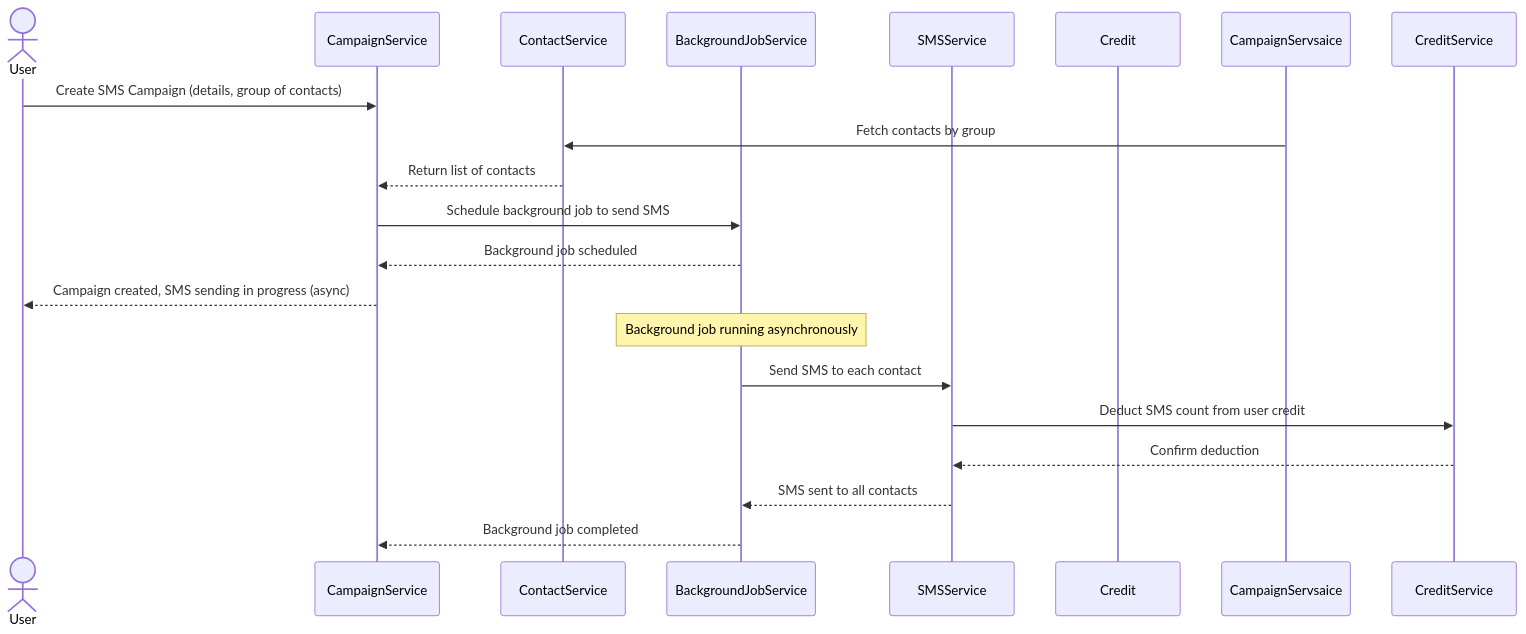
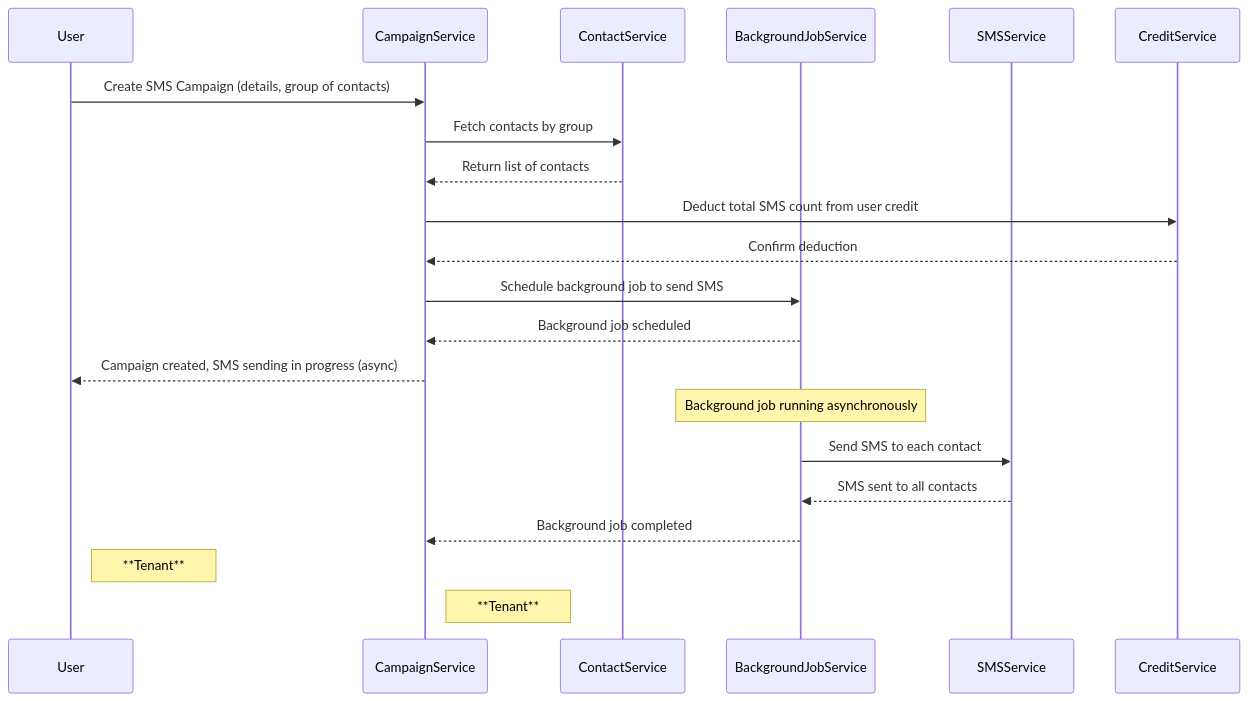
Before and after one commit to Mah3/CameraPhotoUpload: the diagram in diagram.mmd, drawn with Mermaid.

```diff
--- a/diagram.mmd
+++ b/diagram.mmd
@@ -1,26 +1,29 @@
 sequenceDiagram
-
-    Actor u as User
+    participant User
     participant CampaignService
     participant ContactService
     participant BackgroundJobService
     participant SMSService
-    participant Credit
+    participant CreditService
 
-    u ->> CampaignService: Create SMS Campaign (details, group of contacts)
-    CampaignServsaice->>ContactService: Fetch contacts by group
+    User->>CampaignService: Create SMS Campaign (details, group of contacts)
+    CampaignService->>ContactService: Fetch contacts by group
     ContactService-->>CampaignService: Return list of contacts
+
+    CampaignService->>CreditService: Deduct total SMS count from user credit
+    CreditService-->>CampaignService: Confirm deduction
 
     CampaignService->>BackgroundJobService: Schedule background job to send SMS
     BackgroundJobService-->>CampaignService: Background job scheduled
 
-    CampaignService-->>u: Campaign created, SMS sending in progress (async)
+    CampaignService-->>User: Campaign created, SMS sending in progress (async)
 
     Note over BackgroundJobService: Background job running asynchronously
 
     BackgroundJobService->>SMSService: Send SMS to each contact
-    SMSService->>CreditService: Deduct SMS count from user credit
-    CreditService-->>SMSService: Confirm deduction
-
     SMSService-->>BackgroundJobService: SMS sent to all contacts
     BackgroundJobService-->>CampaignService: Background job completed
+
+    %% Simulating bold "Tenant" as a note below the participants
+    Note right of User: **Tenant**
+    Note right of CampaignService: **Tenant**
```
